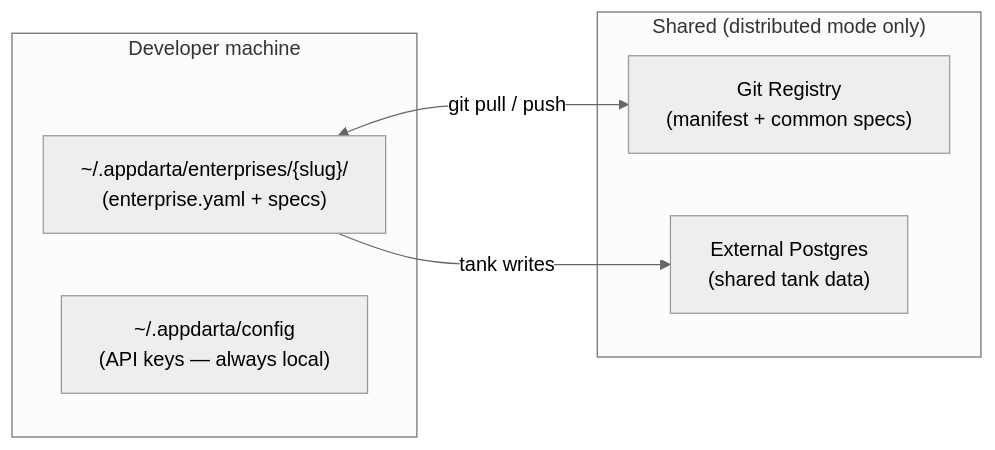
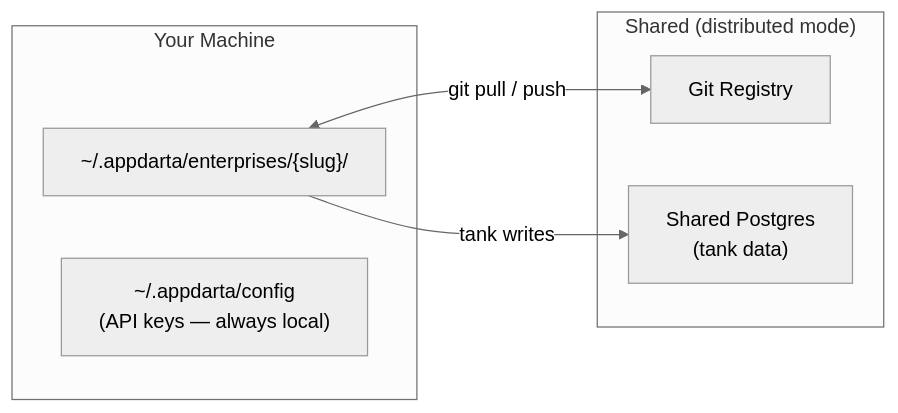
Before and after one commit to hariharasudhand/appdarta-framework: the sixth of 7 diagrams in docs/architecture.md, drawn with Mermaid (neutral theme). The commit also changed other lines of this file and 2 other files, not shown here.

````diff
--- a/docs/architecture.md
+++ b/docs/architecture.md
@@ -170,15 +187,15 @@
 ```mermaid
 flowchart LR
-    subgraph local["Developer machine"]
-        EM["~/.appdarta/enterprises/{slug}/\n(enterprise.yaml + specs)"]
+    subgraph local["Your Machine"]
+        EM["~/.appdarta/enterprises/{slug}/"]
         APK["~/.appdarta/config\n(API keys — always local)"]
     end
 
-    subgraph shared["Shared (distributed mode only)"]
-        GR["Git Registry\n(manifest + common specs)"]
-        PG["External Postgres\n(shared tank data)"]
+    subgraph shared["Shared (distributed mode)"]
+        GR["Git Registry"]
+        PG["Shared Postgres\n(tank data)"]
     end
 
     EM <-->|git pull / push| GR
     EM -->|tank writes| PG
 ```
````
